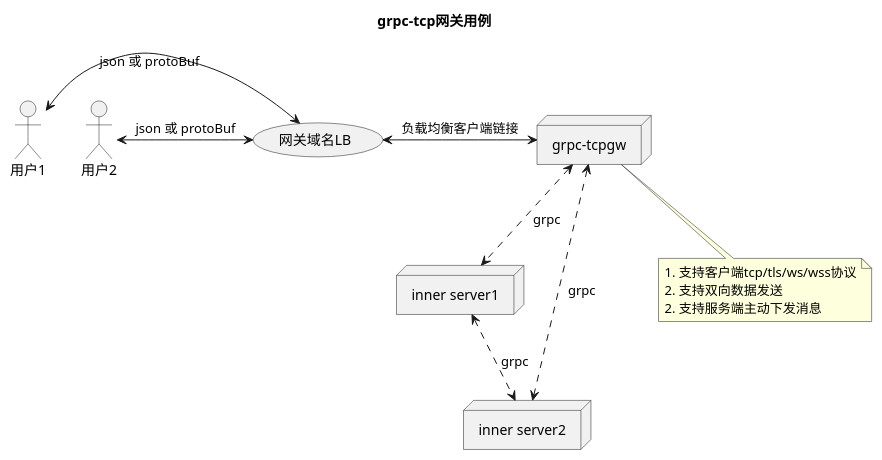
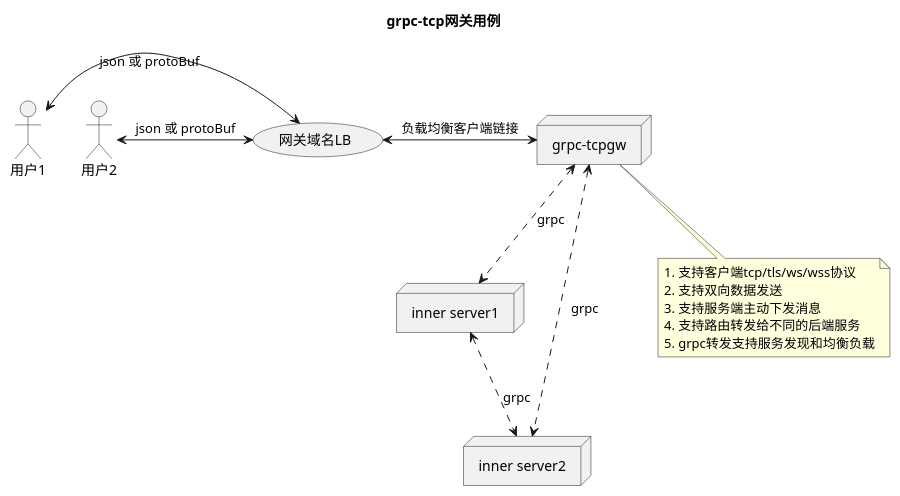
Before and after one commit to generalzgd/grpc-tcp-gateway: the diagram in uml/usecase.puml, drawn with PlantUML. The commit also changed 1 other file, not shown here.

```diff
--- a/uml/usecase.puml
+++ b/uml/usecase.puml
@@ -1,21 +1,21 @@
 @startuml
 
 title grpc-tcp网关用例
 :用户1: as c1
 :用户2: as c2
 (网关域名LB) as lb
 node "grpc-tcpgw" as gw
 node "inner server1" as s1
 node "inner server2" as s2
 
 c1 <-> lb: json 或 protoBuf
 c2 <-> lb: json 或 protoBuf
 lb <-> gw: 负载均衡客户端链接
 gw <..> s1: grpc
 gw <..> s2: grpc
 s1 <..> s2: grpc
 
-note "1. 支持客户端tcp/tls/ws/wss协议\n2. 支持双向数据发送\n2. 支持服务端主动下发消息" as n1
+note "1. 支持客户端tcp/tls/ws/wss协议\n2. 支持双向数据发送\n3. 支持服务端主动下发消息\n4. 支持路由转发给不同的后端服务\n5. grpc转发支持服务发现和均衡负载" as n1
 gw .. n1
 
 @enduml
```
